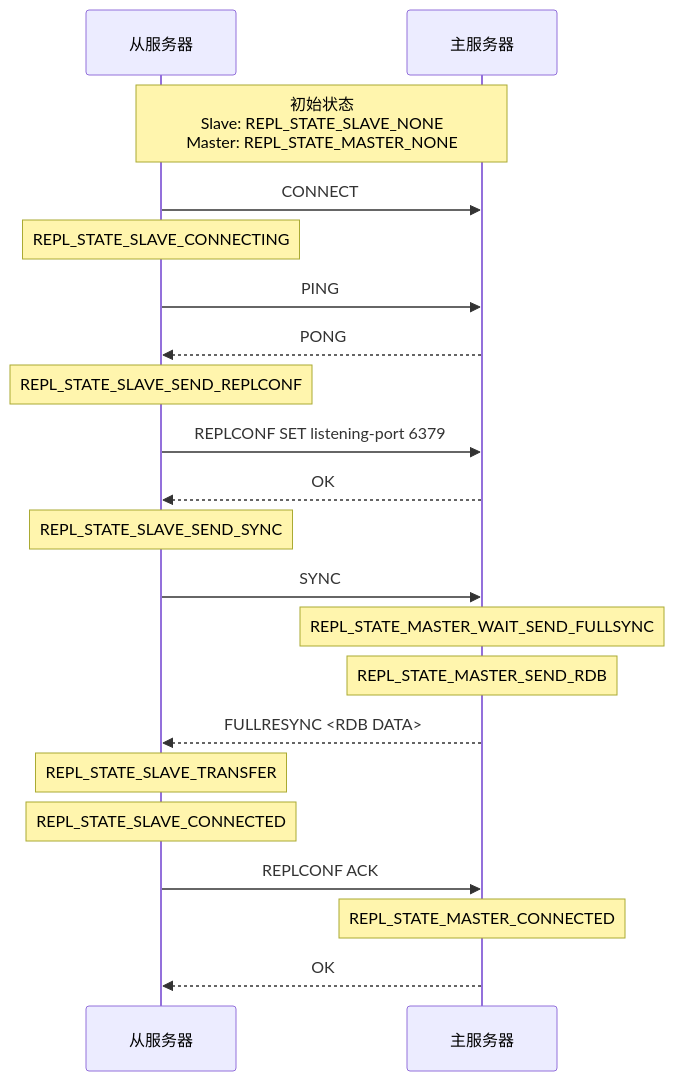
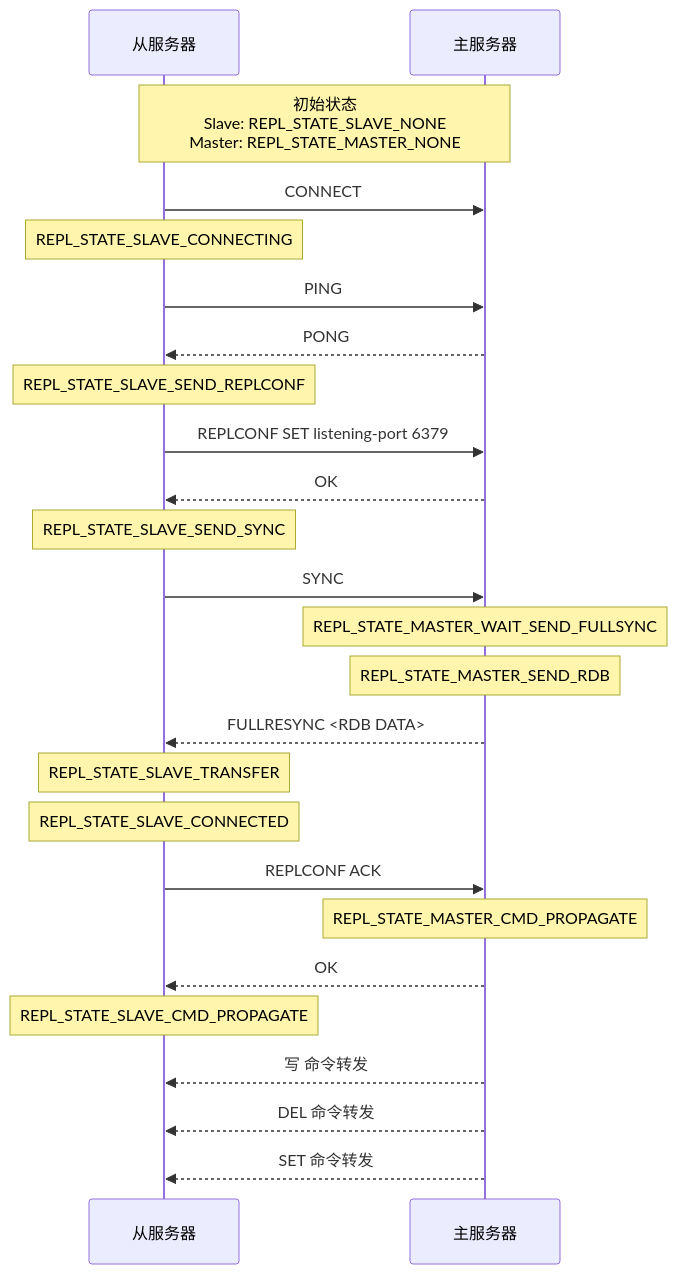
The diagram in _posts/2025-04-13-redis分布式.md (ddongzi/ddongzi.github.io), drawn with Mermaid before and after one commit. The commit also changed other lines of this file and 4 other files, not shown here.

````diff
--- a/_posts/2025-04-13-redis分布式.md
+++ b/_posts/2025-04-13-redis分布式.md
@@ -17,36 +17,41 @@
 ```mermaid
 sequenceDiagram
     participant Slave as 从服务器
     participant Master as 主服务器
 
     %% 初始
         Note over Slave,Master: 初始状态<br>Slave: REPL_STATE_SLAVE_NONE<br>Master: REPL_STATE_MASTER_NONE
 
     Slave->>Master: CONNECT
     Note over Slave: REPL_STATE_SLAVE_CONNECTING
 
     Slave->>Master: PING
     Master-->>Slave: PONG
 
     Note over Slave: REPL_STATE_SLAVE_SEND_REPLCONF
     Slave->>Master: REPLCONF SET listening-port 6379
 
     Master-->>Slave: OK
 
     Note over Slave: REPL_STATE_SLAVE_SEND_SYNC
     Slave->>Master: SYNC
 
     Note over Master: REPL_STATE_MASTER_WAIT_SEND_FULLSYNC
     Note over Master: REPL_STATE_MASTER_SEND_RDB
     Master-->>Slave: FULLRESYNC <RDB DATA>
 
     Note over Slave: REPL_STATE_SLAVE_TRANSFER
     Note over Slave: REPL_STATE_SLAVE_CONNECTED
     Slave->>Master: REPLCONF ACK
 
-    Note over Master: REPL_STATE_MASTER_CONNECTED
+    Note over Master: REPL_STATE_MASTER_CMD_PROPAGATE
 
     Master-->>Slave: OK
-
+    Note over Slave: REPL_STATE_SLAVE_CMD_PROPAGATE
+    
+    Master-->>Slave: 写 命令转发
+    Master-->>Slave: DEL 命令转发
+    Master-->>Slave: SET 命令转发
+    
 
 ```
````
